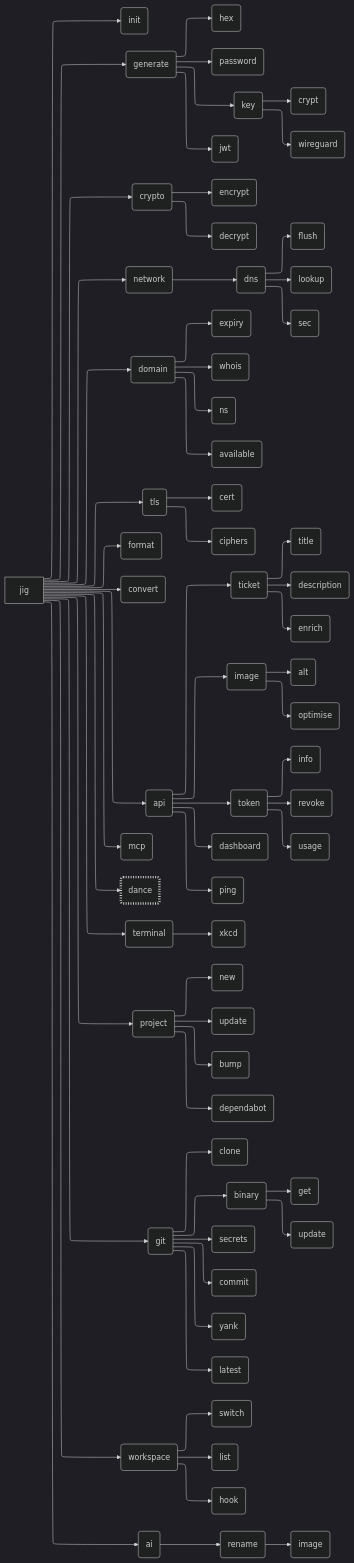
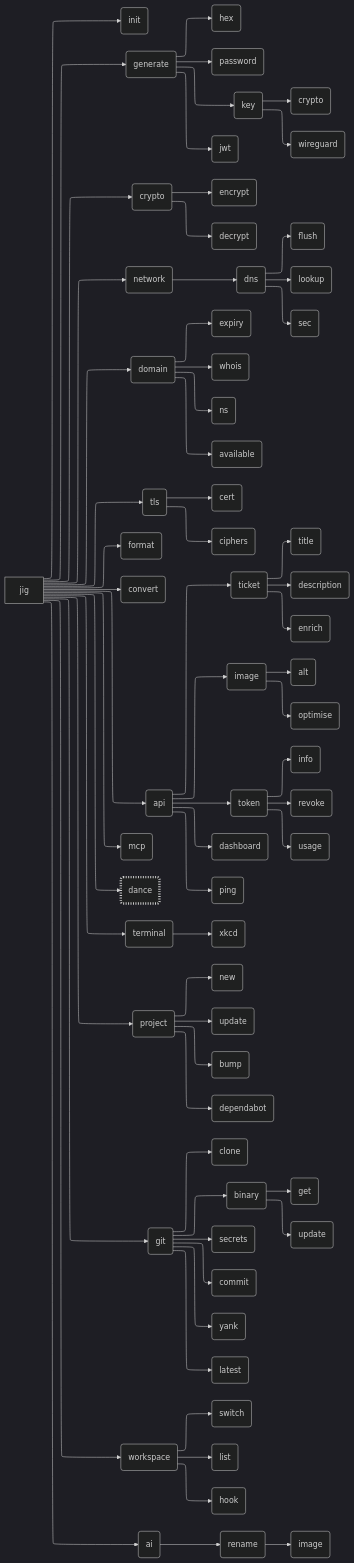
The diagram in README.md (daveio/jig), drawn with Mermaid before and after one commit.

Commit message:
✏️ Fix typo in README.md diagram: change 'crypt' to 'crypto'
Corrects the function name in the mermaid diagram to match the actual
implementation, ensuring documentation accuracy and consistency with
the codebase.

````diff
--- a/README.md
+++ b/README.md
@@ -11,75 +11,75 @@
 ```mermaid
 ---
 config:
   theme: dark
   layout: elk
 ---
 graph LR
   jig[jig] --> init(init)
   jig --> generate(generate)
     generate --> generateHex(hex)
     generate --> generatePassword(password)
     generate --> generateKey(key)
-      generateKey --> generateKeyCrypt(crypt)
+      generateKey --> generateKeyCrypto(crypto)
       generateKey --> generateKeyWireguard(wireguard)
     generate --> generateJwt(jwt)
   jig --> crypto(crypto)
     crypto --> cryptoEncrypt(encrypt)
     crypto --> cryptoDecrypt(decrypt)
   jig --> network(network)
     network --> networkDns(dns)
       networkDns --> networkDnsFlush(flush)
       networkDns --> networkDnsLookup(lookup)
       networkDns --> networkDnsSec(sec)
   jig --> domain(domain)
     domain --> domainExpiry(expiry)
     domain --> domainWhois(whois)
     domain --> domainNs(ns)
     domain --> domainAvailable(available)
   jig --> tls(tls)
     tls --> tlsCert(cert)
     tls --> tlsCiphers(ciphers)
   jig --> format(format)
   jig --> convert(convert)
   jig --> api(api)
     api --> apiTicket(ticket)
       apiTicket --> apiTicketTitle(title)
       apiTicket --> apiTicketDescription(description)
       apiTicket --> apiTicketEnrich(enrich)
     api --> apiImage(image)
       apiImage --> apiImageAlt(alt)
       apiImage --> apiImageOptimise(optimise)
     api --> apiToken(token)
       apiToken --> apiTokenInfo(info)
       apiToken --> apiTokenRevoke(revoke)
       apiToken --> apiTokenUsage(usage)
     api --> apiDashboard(dashboard)
     api --> apiPing(ping)
   jig --> mcp(mcp)
   jig --> dance(dance)
   jig --> terminal(terminal)
     terminal --> terminalXKCD(xkcd)
   jig --> project(project)
     project --> projectNew(new)
     project --> projectUpdate(update)
     project --> projectBump(bump)
     project --> projectDependabot(dependabot)
   jig --> git(git)
     git --> gitClone(clone)
     git --> gitBinary(binary)
       gitBinary --> gitBinaryGet(get)
       gitBinary --> gitBinaryUpdate(update)
     git --> gitSecrets(secrets)
     git --> gitCommit(commit)
     git --> gitYank(yank)
     git --> gitLatest(latest)
   jig --> workspace(workspace)
     workspace --> workspaceSwitch(switch)
     workspace --> workspaceList(list)
     workspace --> workspaceHook(hook)
   jig --> ai(ai)
     ai --> aiRename(rename)
       aiRename --> aiRenameImage(image)
 
   style dance stroke-dasharray: 2 3,stroke-width: 5px
 ```
````
